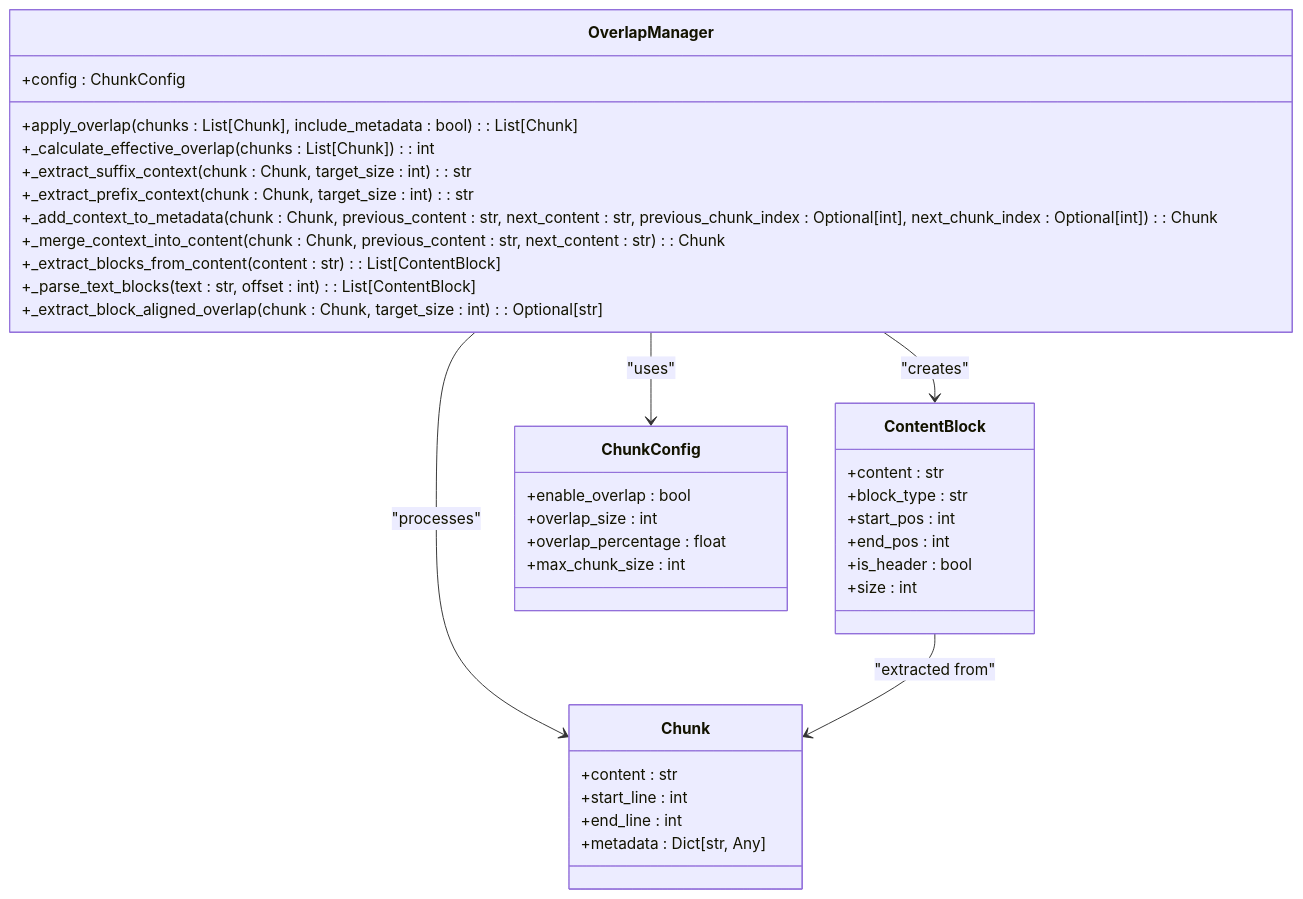
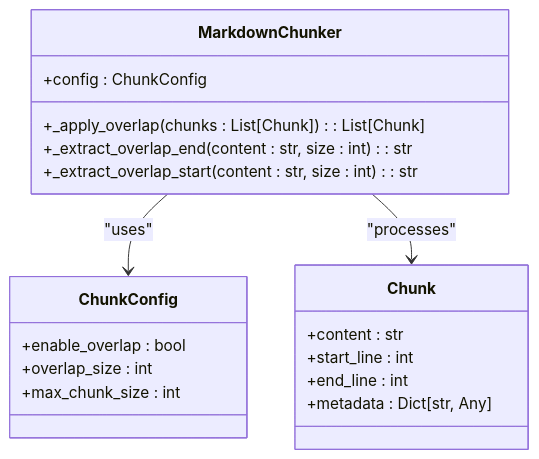
The first of 5 diagrams in .qoder/repowiki/en/content/Advanced Features/Overlap Management.md (asukhodko/dify-markdown-chunker), drawn with Mermaid before and after one commit. The commit also changed other lines of this file and 5 other files, not shown here.

First line of the commit message:
feat(overlap): implement metadata-only adaptive overlap model

````diff
--- a/.qoder/repowiki/en/content/Advanced Features/Overlap Management.md
+++ b/.qoder/repowiki/en/content/Advanced Features/Overlap Management.md
@@ -36,39 +45,22 @@
 ```mermaid
 classDiagram
-class OverlapManager {
+class MarkdownChunker {
 +config : ChunkConfig
-+apply_overlap(chunks : List[Chunk], include_metadata : bool) : List[Chunk]
-+_calculate_effective_overlap(chunks : List[Chunk]) : int
-+_extract_suffix_context(chunk : Chunk, target_size : int) : str
-+_extract_prefix_context(chunk : Chunk, target_size : int) : str
-+_add_context_to_metadata(chunk : Chunk, previous_content : str, next_content : str, previous_chunk_index : Optional[int], next_chunk_index : Optional[int]) : Chunk
-+_merge_context_into_content(chunk : Chunk, previous_content : str, next_content : str) : Chunk
-+_extract_blocks_from_content(content : str) : List[ContentBlock]
-+_parse_text_blocks(text : str, offset : int) : List[ContentBlock]
-+_extract_block_aligned_overlap(chunk : Chunk, target_size : int) : Optional[str]
-}
-class ContentBlock {
-+content : str
-+block_type : str
-+start_pos : int
-+end_pos : int
-+is_header : bool
-+size : int
++_apply_overlap(chunks : List[Chunk]) : List[Chunk]
++_extract_overlap_end(content : str, size : int) : str
++_extract_overlap_start(content : str, size : int) : str
 }
 class ChunkConfig {
 +enable_overlap : bool
 +overlap_size : int
-+overlap_percentage : float
 +max_chunk_size : int
 }
 class Chunk {
 +content : str
 +start_line : int
 +end_line : int
 +metadata : Dict[str, Any]
 }
-OverlapManager --> ChunkConfig : "uses"
-OverlapManager --> Chunk : "processes"
-OverlapManager --> ContentBlock : "creates"
-ContentBlock --> Chunk : "extracted from"
+MarkdownChunker --> ChunkConfig : "uses"
+MarkdownChunker --> Chunk : "processes"
 ```
````
